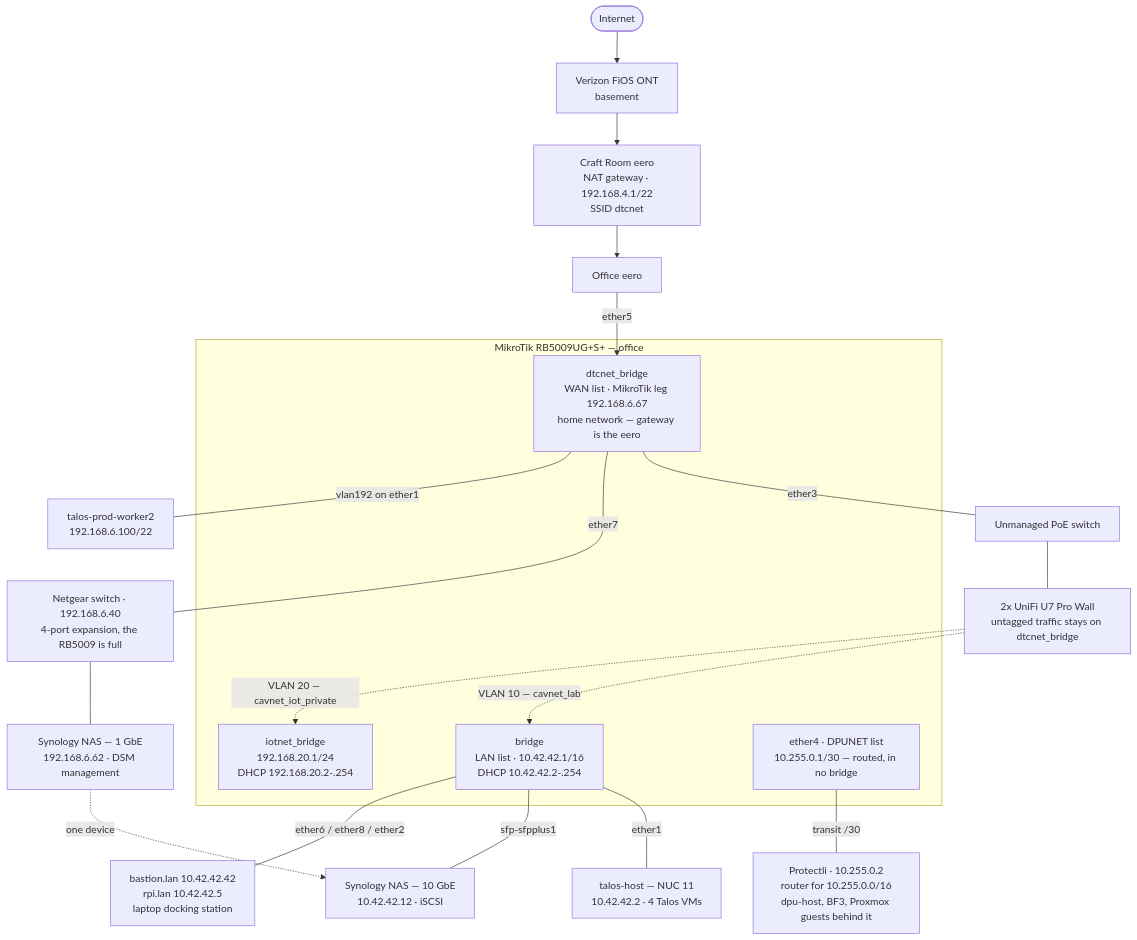
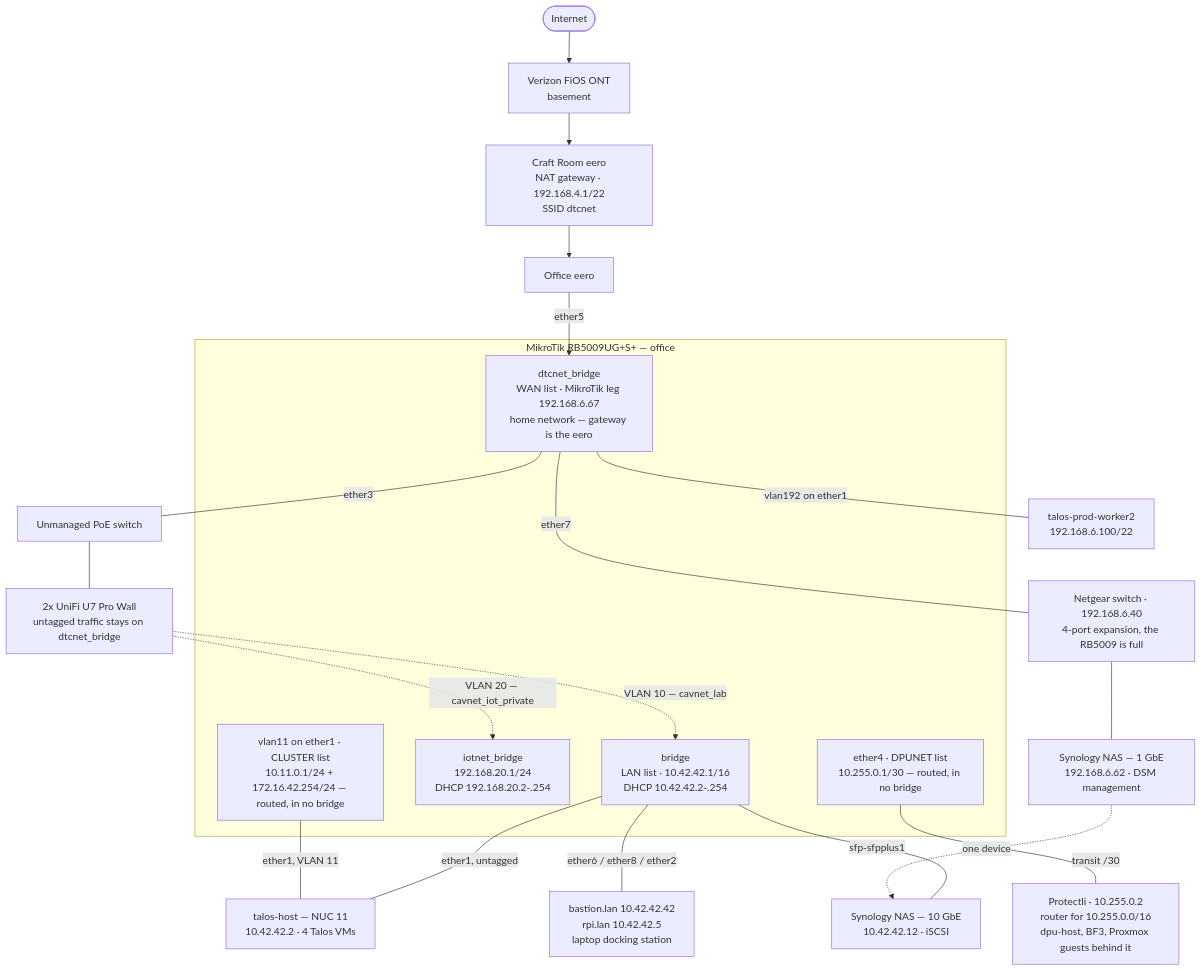
The first of 4 diagrams in docs/network.md (dancavallaro/homelab), drawn with Mermaid before and after one commit. The commit also changed other lines of this file and 2 other files, not shown here.

Commit message:
Document the cluster network as built

````diff
--- a/docs/network.md
+++ b/docs/network.md
@@ -41,30 +43,32 @@
 ```mermaid
 flowchart TD
     inet([Internet]) --> ont["Verizon FiOS ONT<br>basement"]
     ont --> eero1["Craft Room eero<br>NAT gateway · 192.168.4.1/22<br>SSID dtcnet"]
     eero1 --> eero2["Office eero"]
     eero2 -->|ether5| home
 
     subgraph mt["MikroTik RB5009UG+S+ — office"]
         home["dtcnet_bridge<br>WAN list · MikroTik leg 192.168.6.67<br>home network — gateway is the eero"]
         lab["bridge<br>LAN list · 10.42.42.1/16<br>DHCP 10.42.42.2-.254"]
         iot["iotnet_bridge<br>192.168.20.1/24<br>DHCP 192.168.20.2-.254"]
         tr["ether4 · DPUNET list<br>10.255.0.1/30 — routed, in no bridge"]
+        cl["vlan11 on ether1 · CLUSTER list<br>10.11.0.1/24 + 172.16.42.254/24 — routed, in no bridge"]
     end
 
     home ---|ether3| poe["Unmanaged PoE switch"]
     poe --- aps["2x UniFi U7 Pro Wall<br>untagged traffic stays on dtcnet_bridge"]
     aps -.->|"VLAN 10 — cavnet_lab"| lab
     aps -.->|"VLAN 20 — cavnet_iot_private"| iot
 
     home ---|ether7| ngear["Netgear switch · 192.168.6.40<br>4-port expansion, the RB5009 is full"]
     ngear --- nas1["Synology NAS — 1 GbE<br>192.168.6.62 · DSM management"]
     home ---|"vlan192 on ether1"| w2h["talos-prod-worker2<br>192.168.6.100/22"]
 
-    lab ---|ether1| th["talos-host — NUC 11<br>10.42.42.2 · 4 Talos VMs"]
+    lab ---|"ether1, untagged"| th["talos-host — NUC 11<br>10.42.42.2 · 4 Talos VMs"]
+    cl ---|"ether1, VLAN 11"| th
     lab ---|sfp-sfpplus1| nas10["Synology NAS — 10 GbE<br>10.42.42.12 · iSCSI"]
     tr ---|"transit /30"| prot["Protectli · 10.255.0.2<br>router for 10.255.0.0/16<br>dpu-host, BF3, Proxmox guests behind it"]
     lab ---|"ether6 / ether8 / ether2"| misc["bastion.lan 10.42.42.42<br>rpi.lan 10.42.42.5<br>laptop docking station"]
 
     nas1 -.->|one device| nas10
 ```
````
